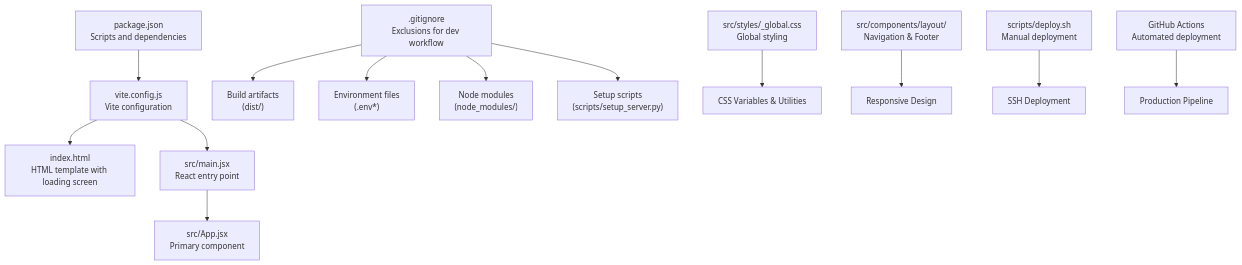
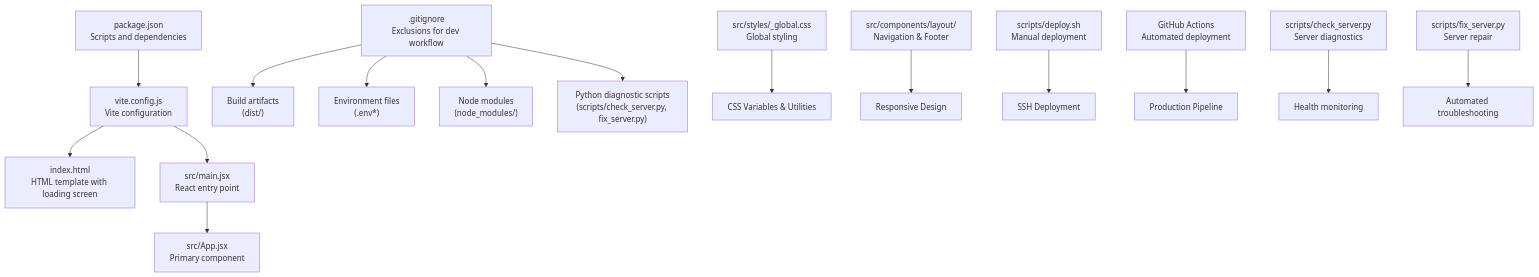
Before and after one commit to rakeshmaity271/frankie-picasso: the first of 9 diagrams in .qoder/repowiki/en/content/Development Tools.md, drawn with Mermaid. The commit also changed other lines of this file and 29 other files, not shown here.

````diff
--- a/.qoder/repowiki/en/content/Development Tools.md
+++ b/.qoder/repowiki/en/content/Development Tools.md
@@ -52,15 +57,17 @@
 ```mermaid
 graph TB
 A["package.json<br/>Scripts and dependencies"] --> B["vite.config.js<br/>Vite configuration"]
 B --> C["index.html<br/>HTML template with loading screen"]
 B --> D["src/main.jsx<br/>React entry point"]
 D --> E["src/App.jsx<br/>Primary component"]
 F[".gitignore<br/>Exclusions for dev workflow"] --> G["Build artifacts<br/>(dist/)"]
 F --> H["Environment files<br/>(.env*)"]
 F --> I["Node modules<br/>(node_modules/)"]
-F --> J["Setup scripts<br/>(scripts/setup_server.py)"]
+F --> J["Python diagnostic scripts<br/>(scripts/check_server.py, fix_server.py)"]
 K["src/styles/_global.css<br/>Global styling"] --> L["CSS Variables & Utilities"]
 M["src/components/layout/<br/>Navigation & Footer"] --> N["Responsive Design"]
 O["scripts/deploy.sh<br/>Manual deployment"] --> P["SSH Deployment"]
 Q["GitHub Actions<br/>Automated deployment"] --> R["Production Pipeline"]
+S["scripts/check_server.py<br/>Server diagnostics"] --> T["Health monitoring"]
+U["scripts/fix_server.py<br/>Server repair"] --> V["Automated troubleshooting"]
 ```
````
